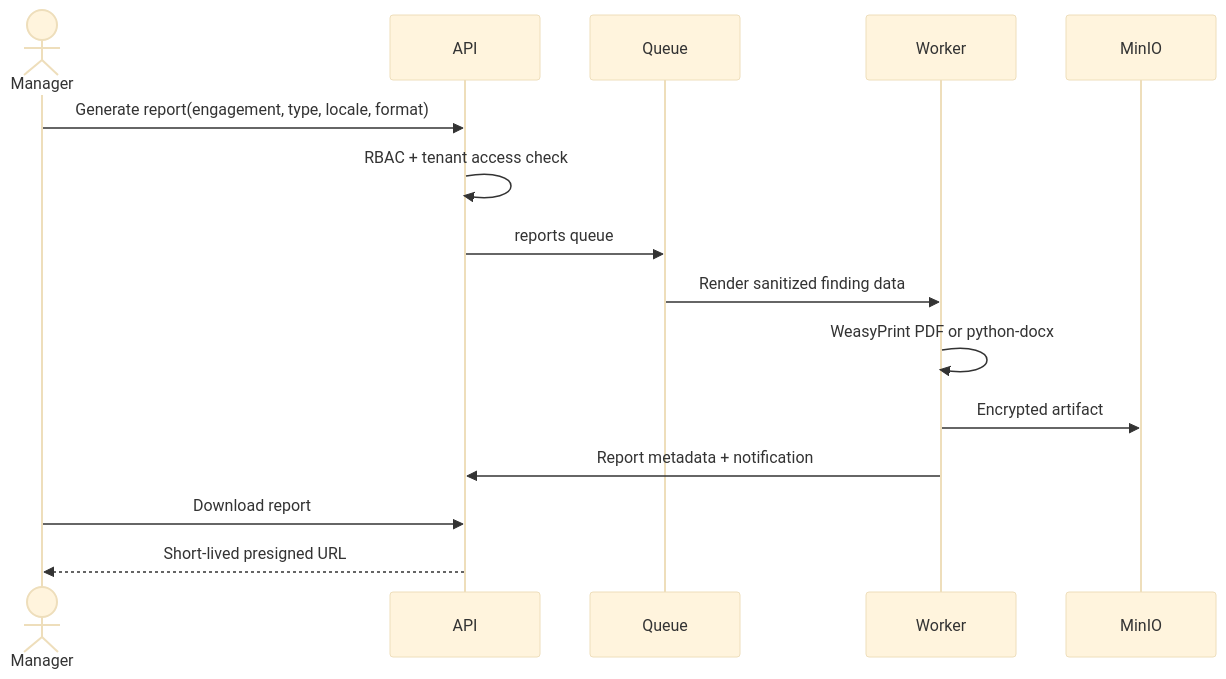
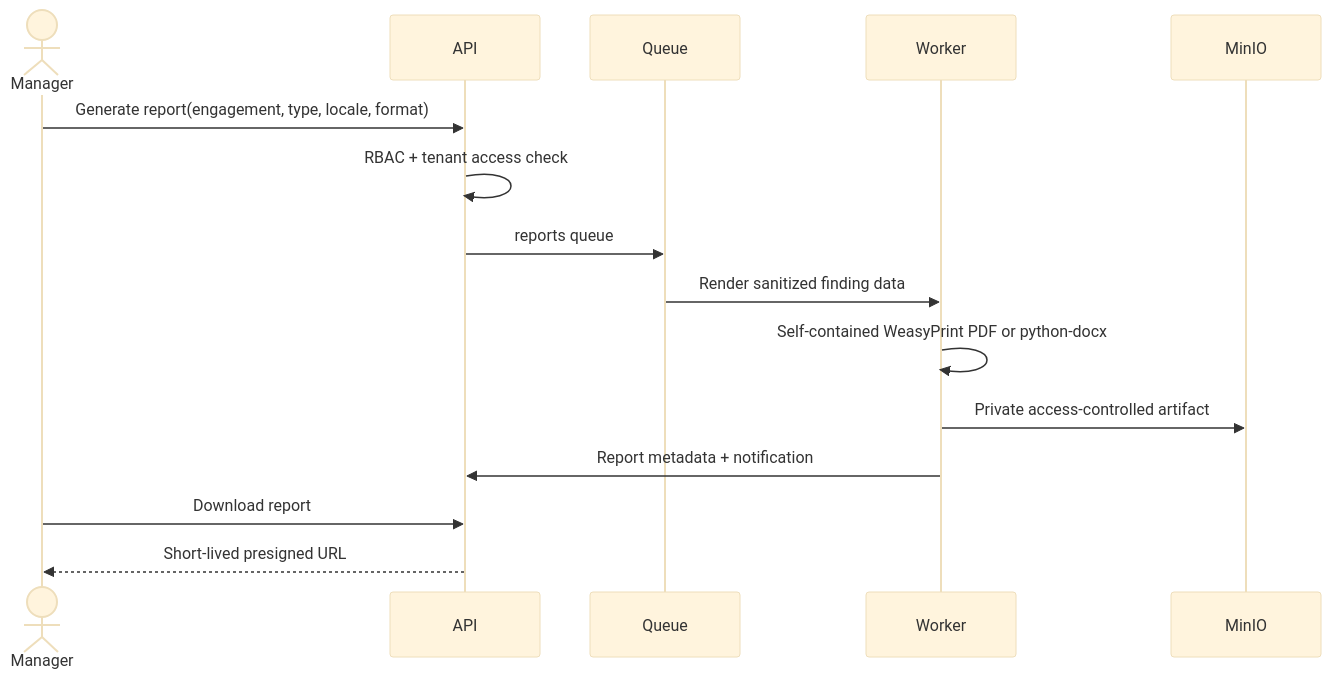
One commit to ahmedsayed06060-lgtm/testcy changed the fifth of 5 diagrams in ARCHITECTURE.md. Above: the diagram before and after it, drawn with Mermaid (base theme). The commit also changed other lines of this file and 203 other files, not shown here.

````diff
--- a/ARCHITECTURE.md
+++ b/ARCHITECTURE.md
@@ -105,17 +105,17 @@
 ```mermaid
 sequenceDiagram
     actor Manager
     participant API
     participant Queue
     participant Worker
     participant Store as MinIO
     Manager->>API: Generate report(engagement, type, locale, format)
     API->>API: RBAC + tenant access check
     API->>Queue: reports queue
     Queue->>Worker: Render sanitized finding data
-    Worker->>Worker: WeasyPrint PDF or python-docx
-    Worker->>Store: Encrypted artifact
+    Worker->>Worker: Self-contained WeasyPrint PDF or python-docx
+    Worker->>Store: Private access-controlled artifact
     Worker->>API: Report metadata + notification
     Manager->>API: Download report
     API-->>Manager: Short-lived presigned URL
 ```
````
